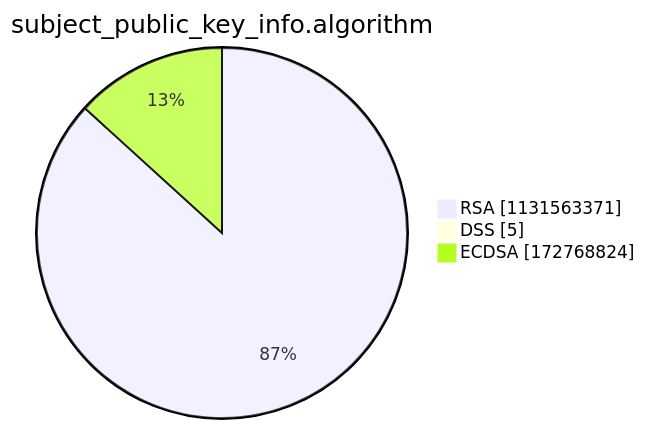
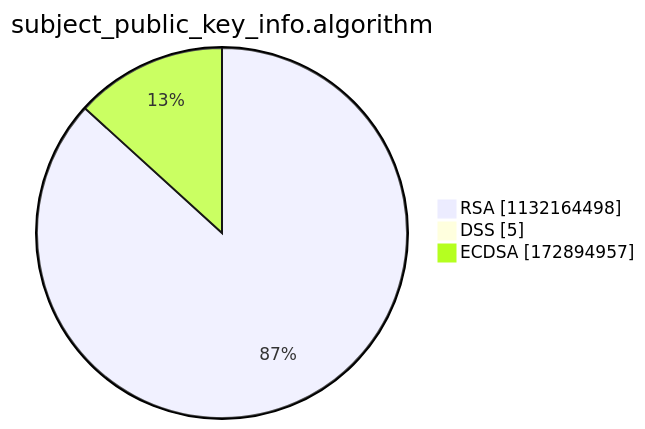
One commit to christiankrug/ctmonitor_visualization changed the third of 15 diagrams in argon2022/README.md. Above: the diagram before and after it, drawn with Mermaid. The commit also changed other lines of this file, not shown here.

````diff
--- a/argon2022/README.md
+++ b/argon2022/README.md
@@ -14,7 +14,7 @@
 ```mermaid
 pie showData
 title subject_public_key_info.algorithm
-"RSA" :1131563371
+"RSA" :1132164498
 "DSS" :5
-"ECDSA" :172768824
+"ECDSA" :172894957
 ```
````
